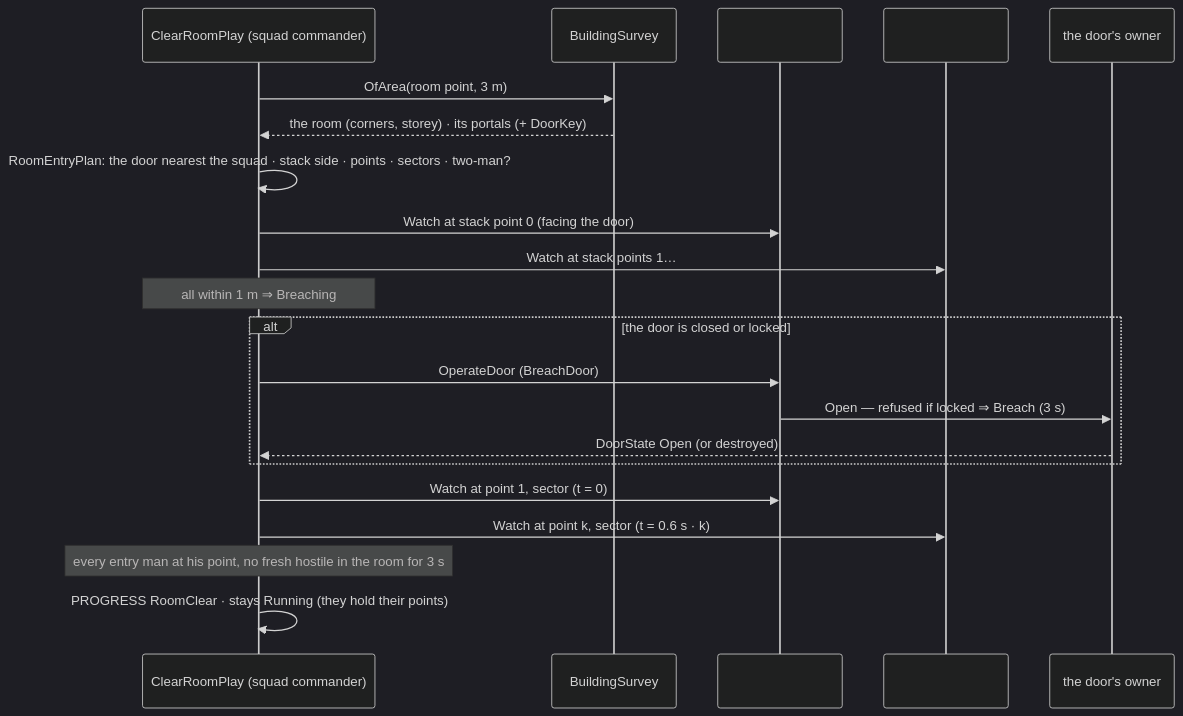
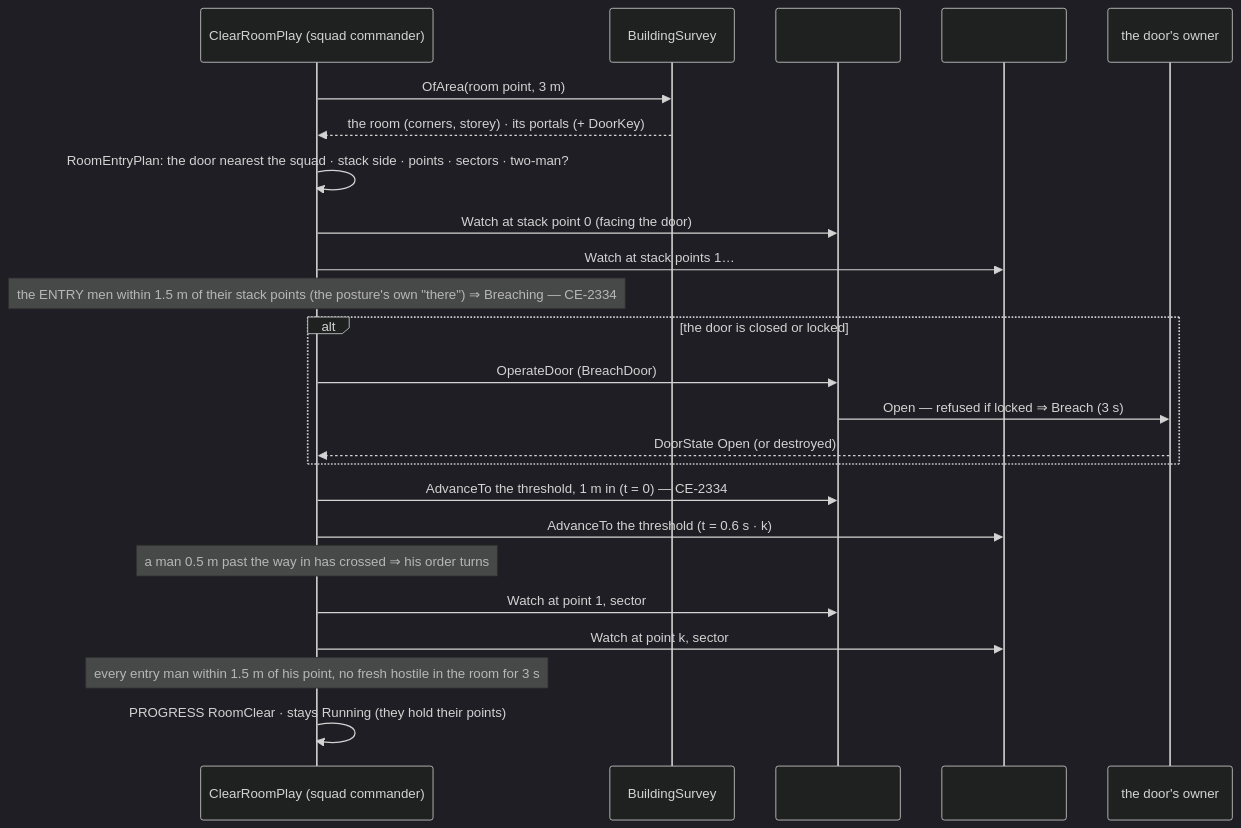
Before and after one commit to pjanec/HROT: diagram 12 of 16 in docs/designs/group-maneuvers/DESIGN_Building_Clearing.md, drawn with Mermaid (dark theme). The commit also changed other lines of this file and 4 other files, not shown here.

First line of the commit message:
CE-2334: the room drill on the real house — entry team stacks, one "there", threshold first

````diff
--- a/docs/designs/group-maneuvers/DESIGN_Building_Clearing.md
+++ b/docs/designs/group-maneuvers/DESIGN_Building_Clearing.md
@@ -685,23 +685,26 @@
 ```mermaid
 sequenceDiagram
   participant P as ClearRoomPlay (squad commander)
   participant WS as BuildingSurvey
   participant M1 as #1 (PointMan)
   participant Mk as #2…#4
   participant D as the door's owner
   P->>WS: OfArea(room point, 3 m)
   WS-->>P: the room (corners, storey) · its portals (+ DoorKey)
   P->>P: RoomEntryPlan: the door nearest the squad · stack side · points · sectors · two-man?
   P->>M1: Watch at stack point 0 (facing the door)
   P->>Mk: Watch at stack points 1…
-  Note over P: all within 1 m ⇒ Breaching
+  Note over P: the ENTRY men within 1.5 m of their stack points (the posture's own "there") ⇒ Breaching — CE-2334
   alt the door is closed or locked
     P->>M1: OperateDoor (BreachDoor)
     M1->>D: Open — refused if locked ⇒ Breach (3 s)
     D-->>P: DoorState Open (or destroyed)
   end
-  P->>M1: Watch at point 1, sector (t = 0)
-  P->>Mk: Watch at point k, sector (t = 0.6 s · k)
-  Note over P: every entry man at his point, no fresh hostile in the room for 3 s
+  P->>M1: AdvanceTo the threshold, 1 m in (t = 0) — CE-2334
+  P->>Mk: AdvanceTo the threshold (t = 0.6 s · k)
+  Note over P: a man 0.5 m past the way in has crossed ⇒ his order turns
+  P->>M1: Watch at point 1, sector
+  P->>Mk: Watch at point k, sector
+  Note over P: every entry man within 1.5 m of his point, no fresh hostile in the room for 3 s
   P->>P: PROGRESS RoomClear · stays Running (they hold their points)
 ```
````
